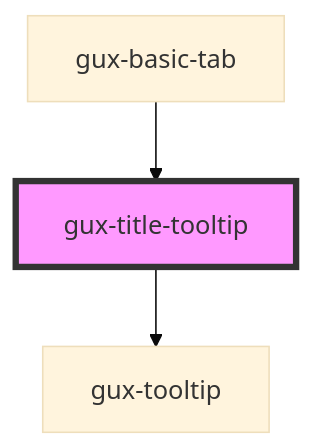
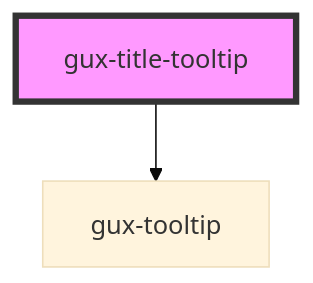
Before and after one commit to Retsam/genesys-webcomponents: the diagram in src/components/gux-title-tooltip/readme.md, drawn with Mermaid (base theme). The commit also changed other lines of this file and 9 other files, not shown here.

Commit message:
refactor(gux-basic-tabs): experimenting with tabpanel content for each tab

````diff
--- a/src/components/gux-title-tooltip/readme.md
+++ b/src/components/gux-title-tooltip/readme.md
@@ -19,6 +15,5 @@
 ```mermaid
 graph TD;
   gux-title-tooltip --> gux-tooltip
-  gux-basic-tab --> gux-title-tooltip
   style gux-title-tooltip fill:#f9f,stroke:#333,stroke-width:4px
 ```
````
